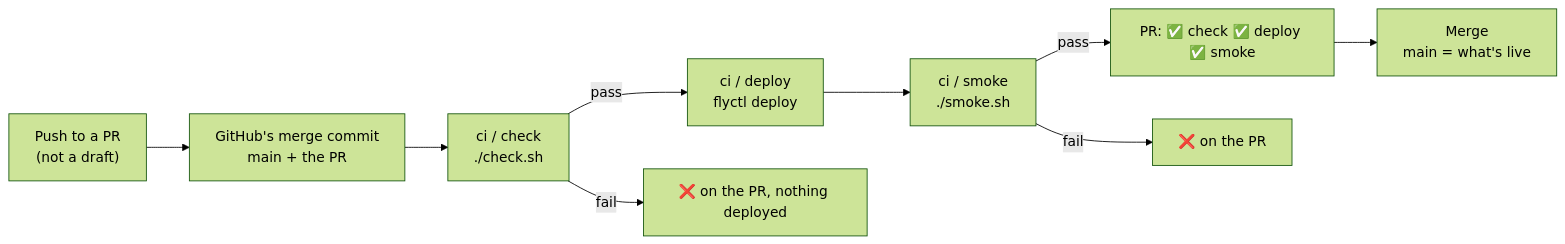
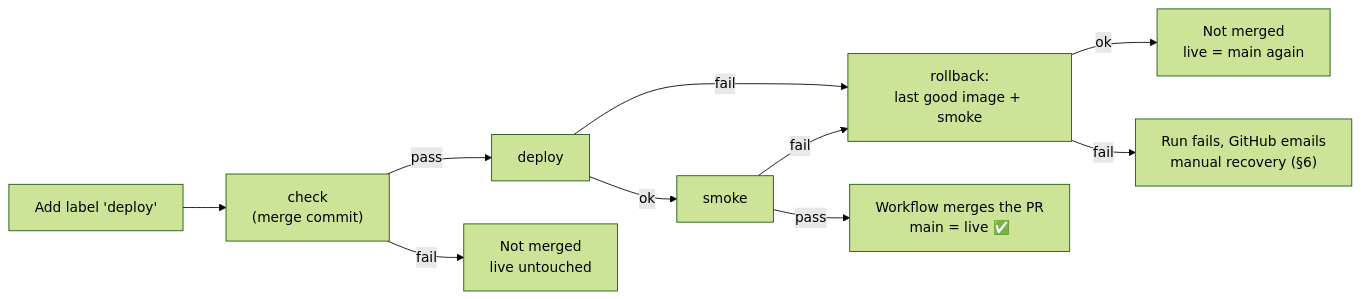
Before and after one commit to VOxFF/schematics-ai-tutor: the first of 2 diagrams in docs/deployment.md, drawn with Mermaid (forest theme). The commit also changed other lines of this file and 1 other file, not shown here.

Commit message:
Design: ship with the deploy label: check, deploy, smoke, merge; rollback to the last good image; failure cases, manual recovery

````diff
--- a/docs/deployment.md
+++ b/docs/deployment.md
@@ -37,11 +39,12 @@
 ```mermaid
 flowchart LR
-    P["Push to a PR<br/>(not a draft)"] --> M["GitHub's merge commit<br/>main + the PR"]
-    M --> C["ci / check<br/>./check.sh"]
-    C -->|pass| D["ci / deploy<br/>flyctl deploy"]
-    D --> S["ci / smoke<br/>./smoke.sh"]
-    S -->|pass| G["PR: ✅ check ✅ deploy ✅ smoke"]
-    G --> Merge["Merge<br/>main = what's live"]
-    C -->|fail| X["❌ on the PR, nothing deployed"]
-    S -->|fail| Y["❌ on the PR"]
+    L["Add label 'deploy'"] --> C["check<br/>(merge commit)"]
+    C -->|pass| D[deploy]
+    C -->|fail| N1["Not merged<br/>live untouched"]
+    D -->|ok| S[smoke]
+    D -->|fail| R
+    S -->|pass| M["Workflow merges the PR<br/>main = live ✅"]
+    S -->|fail| R["rollback:<br/>last good image + smoke"]
+    R -->|ok| N2["Not merged<br/>live = main again"]
+    R -->|fail| A["Run fails, GitHub emails<br/>manual recovery (§6)"]
 ```
````
